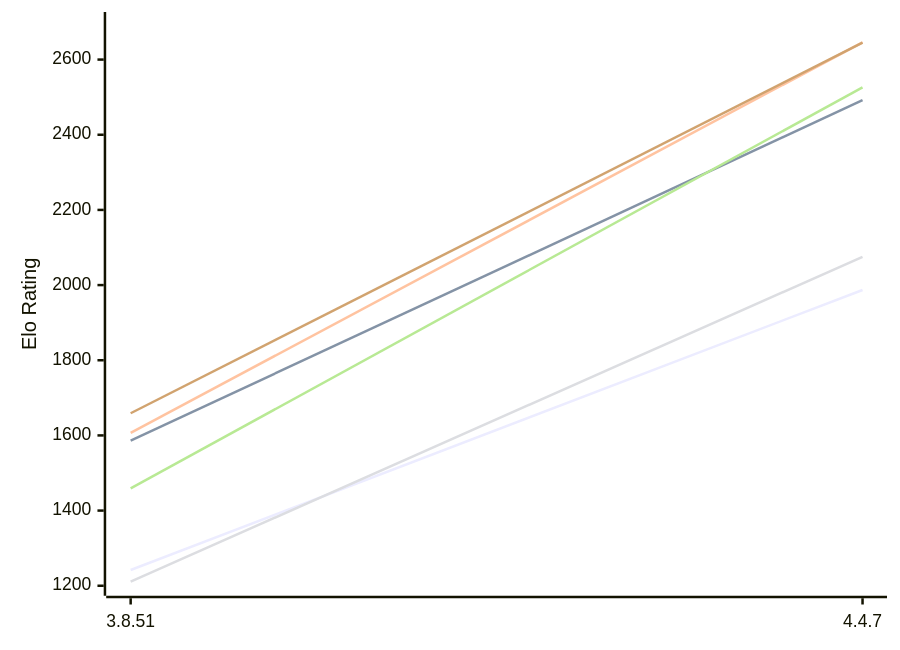
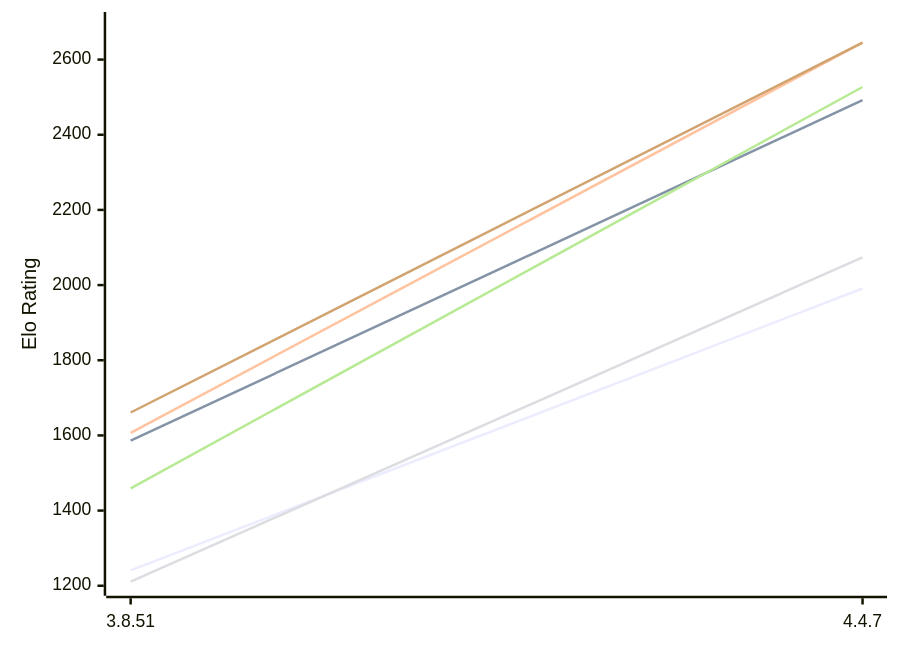
The first of 2 diagrams in engines/Scoria.md (computer-chess-index/cci), drawn with Mermaid before and after one commit. The commit also changed other lines of this file, not shown here.

Commit message:
Update CCI Ratings (ELO VLTC) - 2026-11-28

````diff
--- a/engines/Scoria.md
+++ b/engines/Scoria.md
@@ -50,12 +50,12 @@
 ```mermaid
 %%{init: {"theme":"base","themeVariables":{"seriesColors:['#a3a3a3','#222221','#faa371']}}}%%
 xychart-beta
   x-axis ["3.8.51", "4.4.7"]
   y-axis "Elo Rating" 1200 --> 2700
-  line "E1: STC (8.0+0.08s)" [1242, 1987]
+  line "E1: STC (8.0+0.08s)" [1241, 1991]
   line "E1: LTC (60.0+0.60s)" [1586, 2492]
-  line "E1: VLTC (2m24s+1.12s)" [1607, 2646]
-  line "P1: STC (8.0+0.08s)" [1211, 2075]
-  line "P1: LTC (60.0+0.60s)" [1459, 2526]
-  line "P1: VLTC (2m24s+1.12s)" [1659, 2645]
+  line "E1: VLTC (2m24s+1.12s)" [1607, 2645]
+  line "P1: STC (8.0+0.08s)" [1211, 2074]
+  line "P1: LTC (60.0+0.60s)" [1459, 2527]
+  line "P1: VLTC (2m24s+1.12s)" [1661, 2645]
 ```
````
